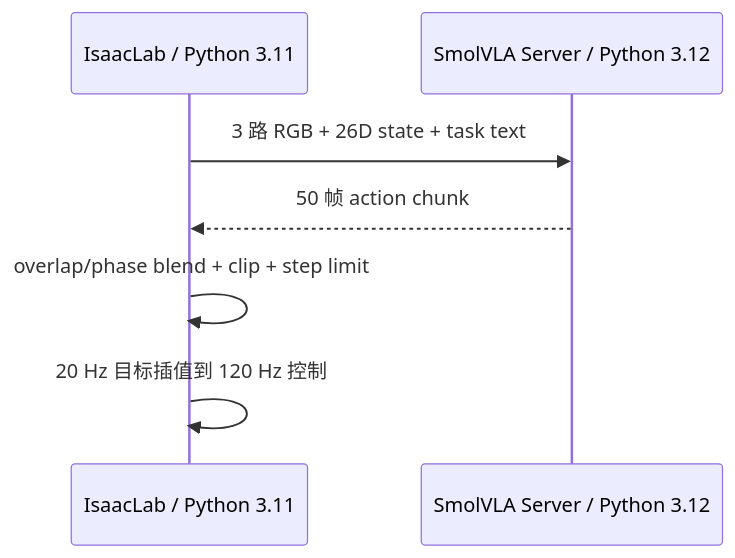
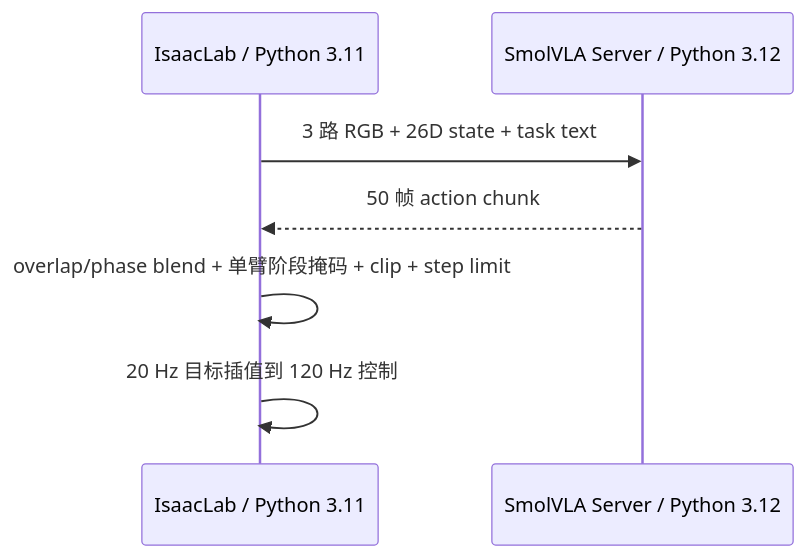
The second of 2 diagrams in s4_smolvla_isaaclab/docs/PIPELINE.md (zhangfuyong888/qirobot_smolVLA), drawn with Mermaid before and after one commit. The commit also changed other lines of this file and 24 other files, not shown here.

````diff
--- a/s4_smolvla_isaaclab/docs/PIPELINE.md
+++ b/s4_smolvla_isaaclab/docs/PIPELINE.md
@@ -320,9 +322,9 @@
 ```mermaid
 sequenceDiagram
     participant Sim as IsaacLab / Python 3.11
     participant Policy as SmolVLA Server / Python 3.12
     Sim->>Policy: 3 路 RGB + 26D state + task text
     Policy-->>Sim: 50 帧 action chunk
-    Sim->>Sim: overlap/phase blend + clip + step limit
+    Sim->>Sim: overlap/phase blend + 单臂阶段掩码 + clip + step limit
     Sim->>Sim: 20 Hz 目标插值到 120 Hz 控制
 ```
````
